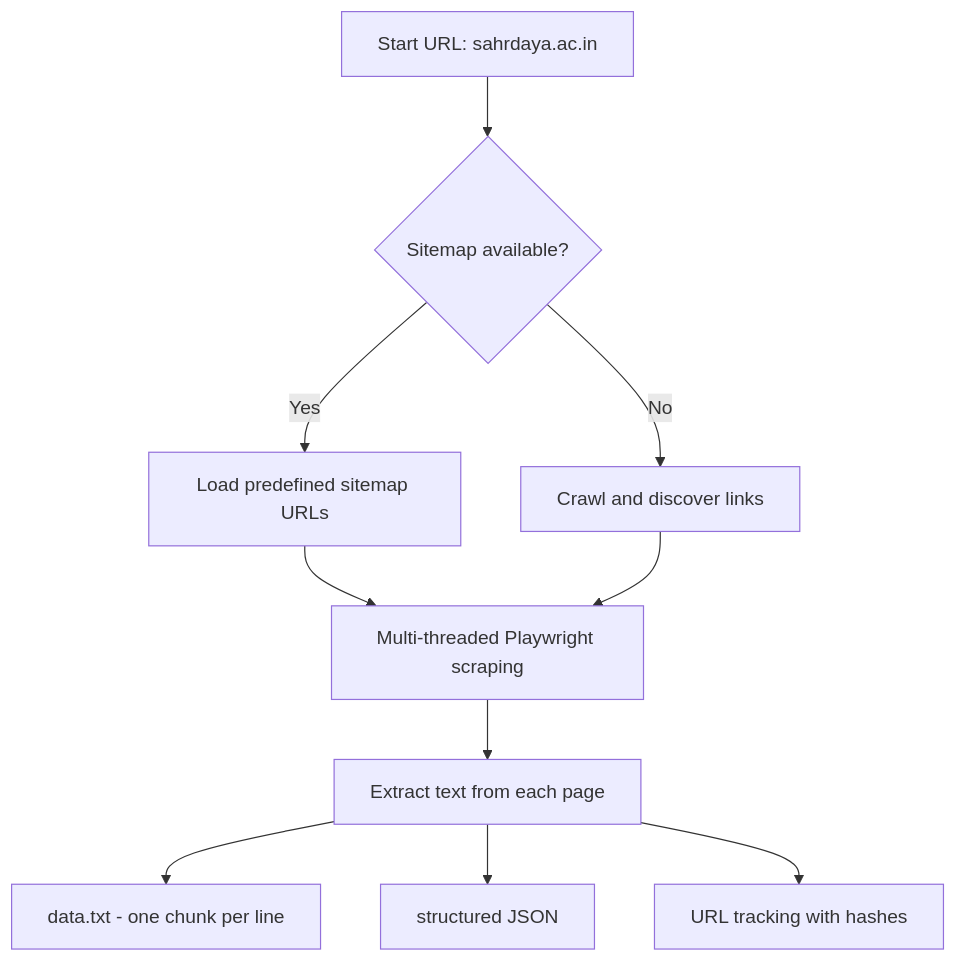
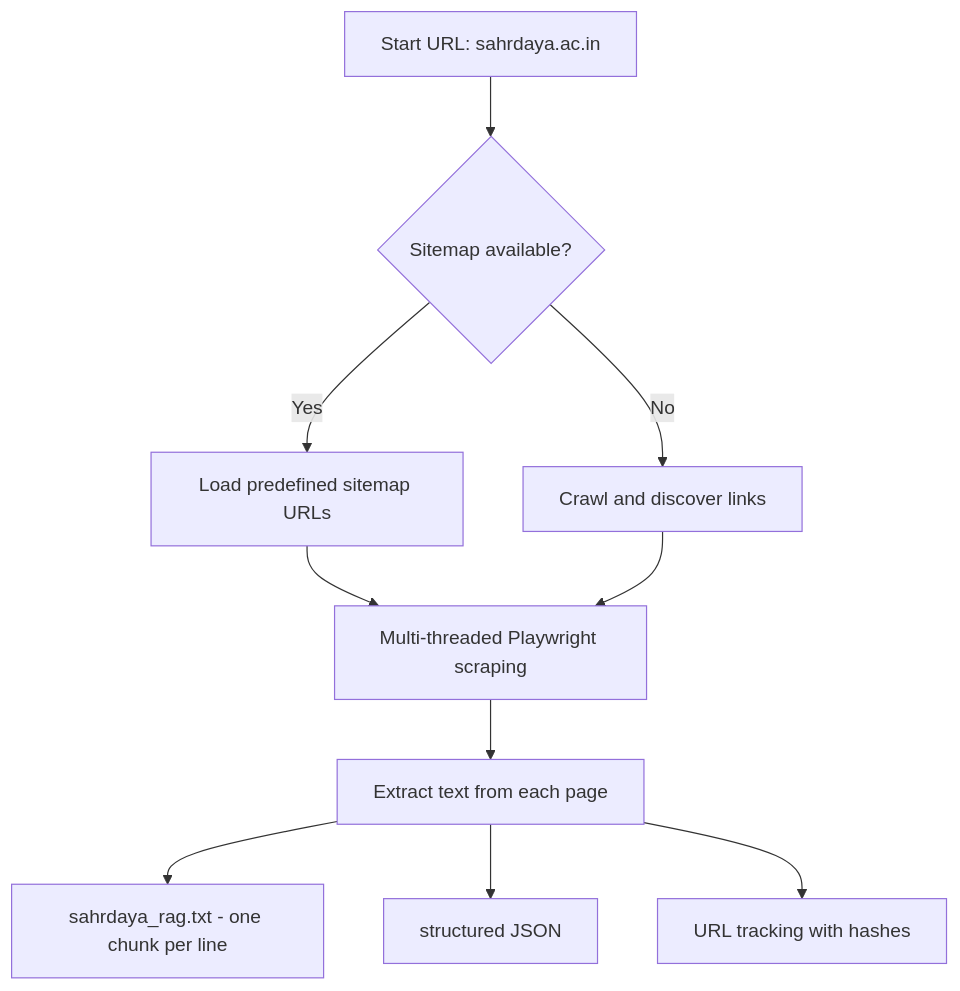
One commit to arxhr007/sahrdaya_ragx changed the second of 17 diagrams in WORKING.md. Above: the diagram before and after it, drawn with Mermaid. The commit also changed other lines of this file and 19 other files, not shown here.

````diff
--- a/WORKING.md
+++ b/WORKING.md
@@ -59,12 +59,12 @@
 ```mermaid
 flowchart TD
     A[Start URL: sahrdaya.ac.in] --> B{Sitemap available?}
     B -->|Yes| C[Load predefined sitemap URLs]
     B -->|No| D[Crawl and discover links]
     C --> E[Multi-threaded Playwright scraping]
     D --> E
     E --> F[Extract text from each page]
-    F --> G[data.txt - one chunk per line]
+    F --> G[sahrdaya_rag.txt - one chunk per line]
     F --> H[structured JSON]
     F --> I[URL tracking with hashes]
 ```
````
